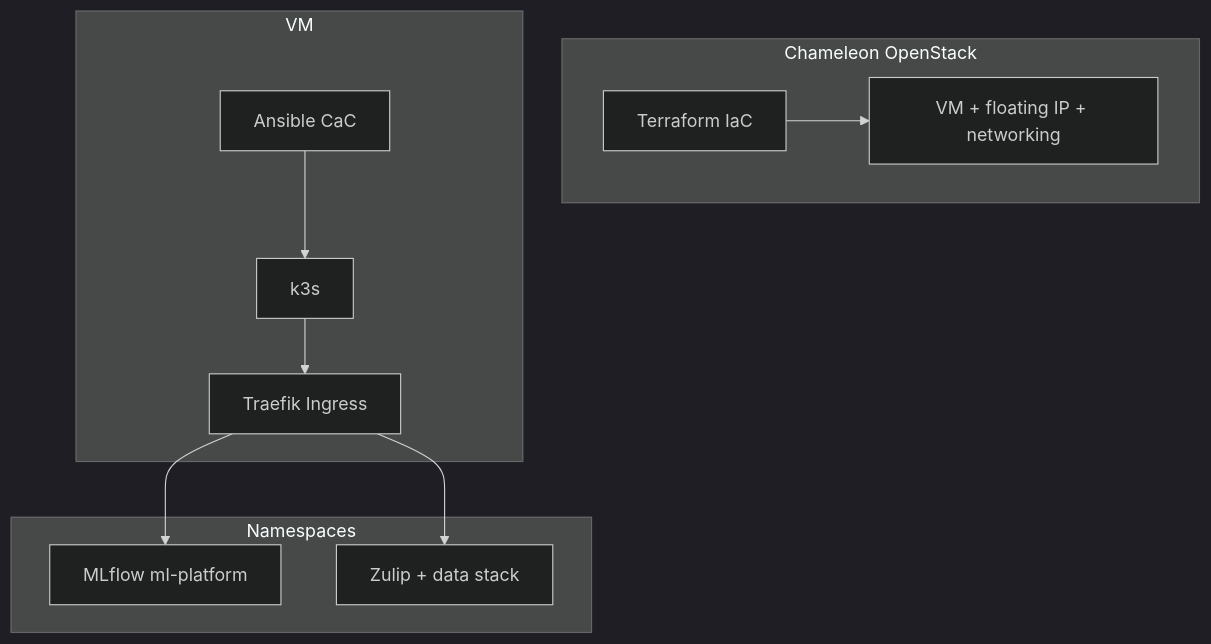
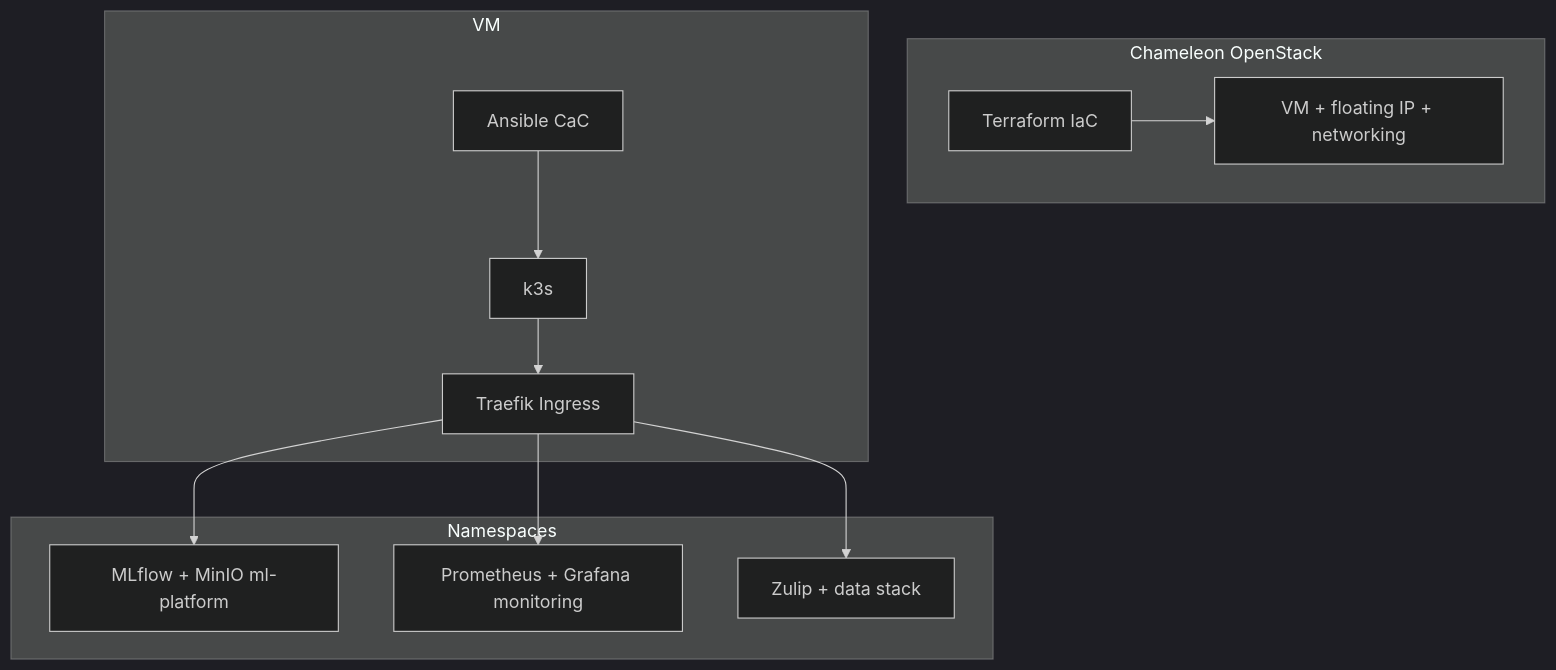
The diagram in ARCHITECTURE.md (AlluSudharshanRao/MLOps_DevOps), drawn with Mermaid (dark theme) before and after one commit. The commit also changed other lines of this file and 35 other files, not shown here.

````diff
--- a/ARCHITECTURE.md
+++ b/ARCHITECTURE.md
@@ -5,21 +5,23 @@
 ```mermaid
 flowchart TB
   subgraph cloud [Chameleon OpenStack]
     TF[Terraform IaC]
     VM[VM + floating IP + networking]
     TF --> VM
   end
   subgraph vm [VM]
     AN[Ansible CaC]
     K[k3s]
     AN --> K
     T[Traefik Ingress]
     K --> T
   end
   subgraph workloads [Namespaces]
-    M[MLflow ml-platform]
+    M[MLflow + MinIO ml-platform]
+    O[Prometheus + Grafana monitoring]
     Z[Zulip + data stack]
     T --> M
+    T --> O
     T --> Z
   end
 ```
````
